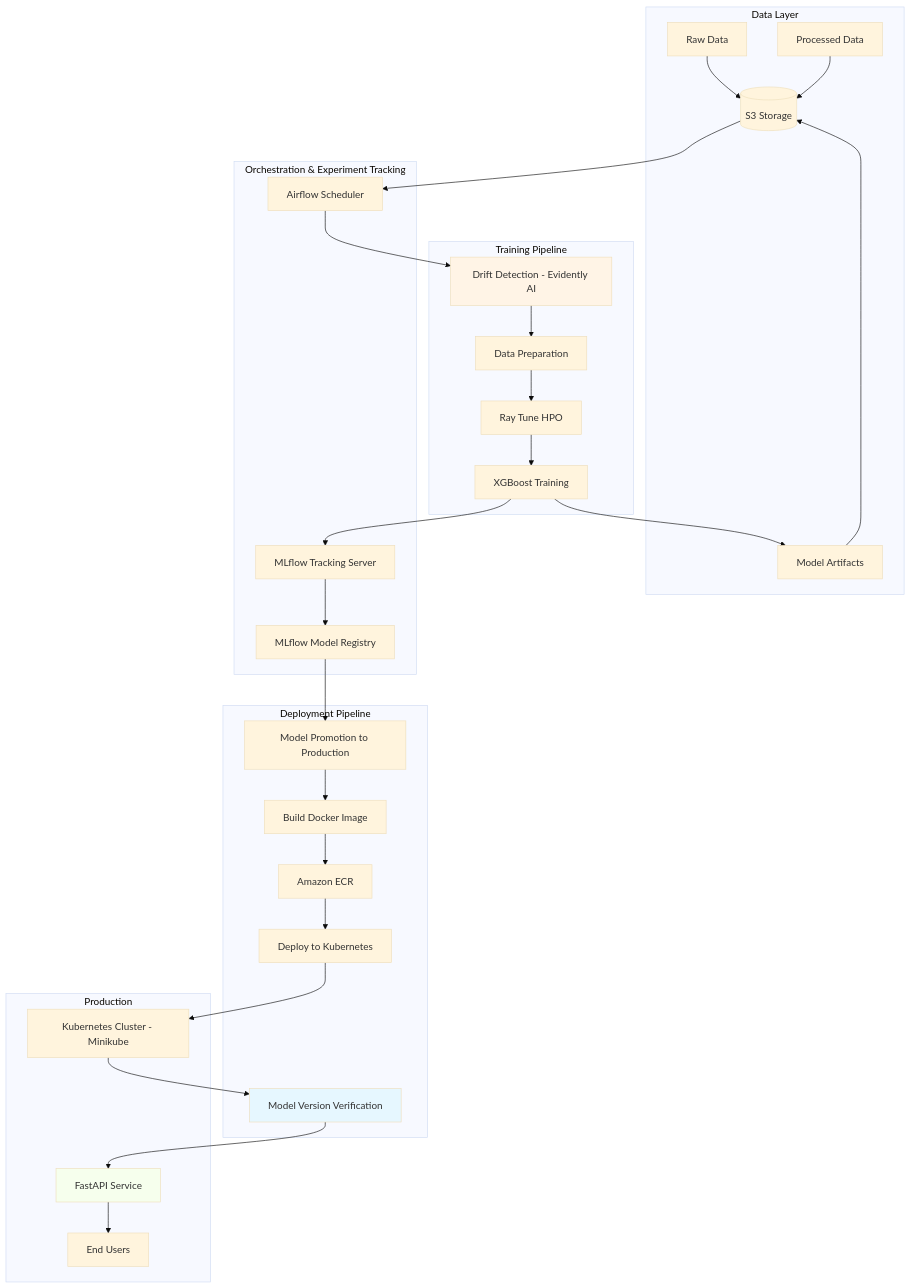
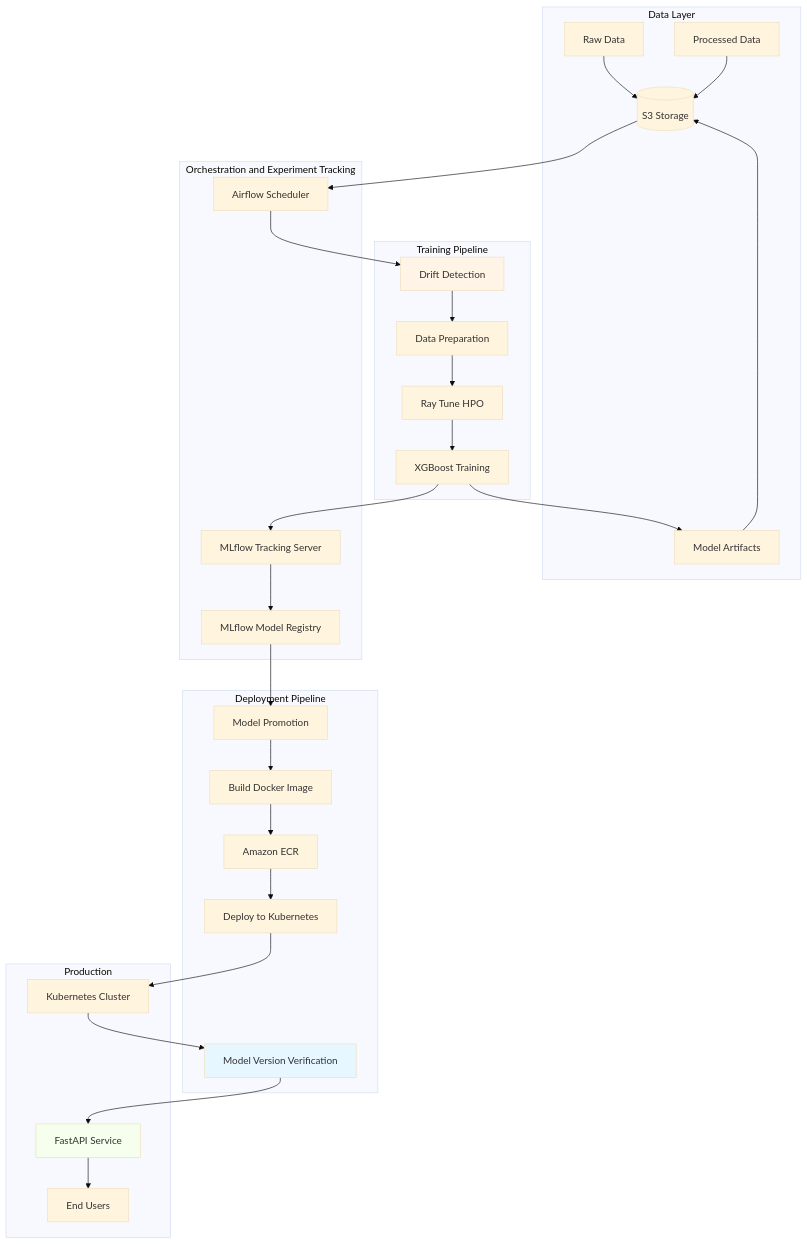
Before and after one commit to bencappello/health-predict: the diagram in README.md, drawn with Mermaid (base theme). The commit also changed other lines of this file and 1 other file, not shown here.

Commit message:
fix: use basic Mermaid syntax for VS Code compatibility
- Remove subgraph aliases (not supported in older Mermaid versions)
- Use simple quoted strings for subgraph names
- Ensure compatibility with VS Code Mermaid extension

````diff
--- a/README.md
+++ b/README.md
@@ -13,61 +13,61 @@
 ```mermaid
 graph TB
-    subgraph DataLayer["Data Layer"]
+    subgraph "Data Layer"
         S3[(S3 Storage)]
         RawData[Raw Data]
         ProcessedData[Processed Data]
         Models[Model Artifacts]
     end
     
-    subgraph Orchestration["Orchestration & Experiment Tracking"]
+    subgraph "Orchestration and Experiment Tracking"
         Airflow[Airflow Scheduler]
         MLflow[MLflow Tracking Server]
         Registry[MLflow Model Registry]
     end
     
-    subgraph Training["Training Pipeline"]
-        DriftDetect[Drift Detection - Evidently AI]
+    subgraph "Training Pipeline"
+        DriftDetect[Drift Detection]
         DataPrep[Data Preparation]
         RayTune[Ray Tune HPO]
         TrainingTask[XGBoost Training]
    end
     
-    subgraph Deployment["Deployment Pipeline"]
-        ModelPromotion[Model Promotion to Production]
+    subgraph "Deployment Pipeline"
+        ModelPromotion[Model Promotion]
         DockerBuild[Build Docker Image]
         ECR[Amazon ECR]
         K8sDeploy[Deploy to Kubernetes]
         Verify[Model Version Verification]
     end
     
-    subgraph Production["Production"]
-        K8s[Kubernetes Cluster - Minikube]
+    subgraph "Production"
+        K8s[Kubernetes Cluster]
         API[FastAPI Service]
         Users[End Users]
     end
     
     RawData --> S3
     S3 --> Airflow
     Airflow --> DriftDetect
     DriftDetect --> DataPrep
     DataPrep --> RayTune
     RayTune --> TrainingTask
     TrainingTask --> MLflow
     MLflow --> Registry
     Registry --> ModelPromotion
     ModelPromotion --> DockerBuild
     DockerBuild --> ECR
     ECR --> K8sDeploy
     K8sDeploy --> K8s
     K8s --> Verify
     Verify --> API
     API --> Users
     
     TrainingTask --> Models
     Models --> S3
     ProcessedData --> S3
     
     style DriftDetect fill:#fff4e6
     style Verify fill:#e6f7ff
     style API fill:#f6ffed
 ```
````
